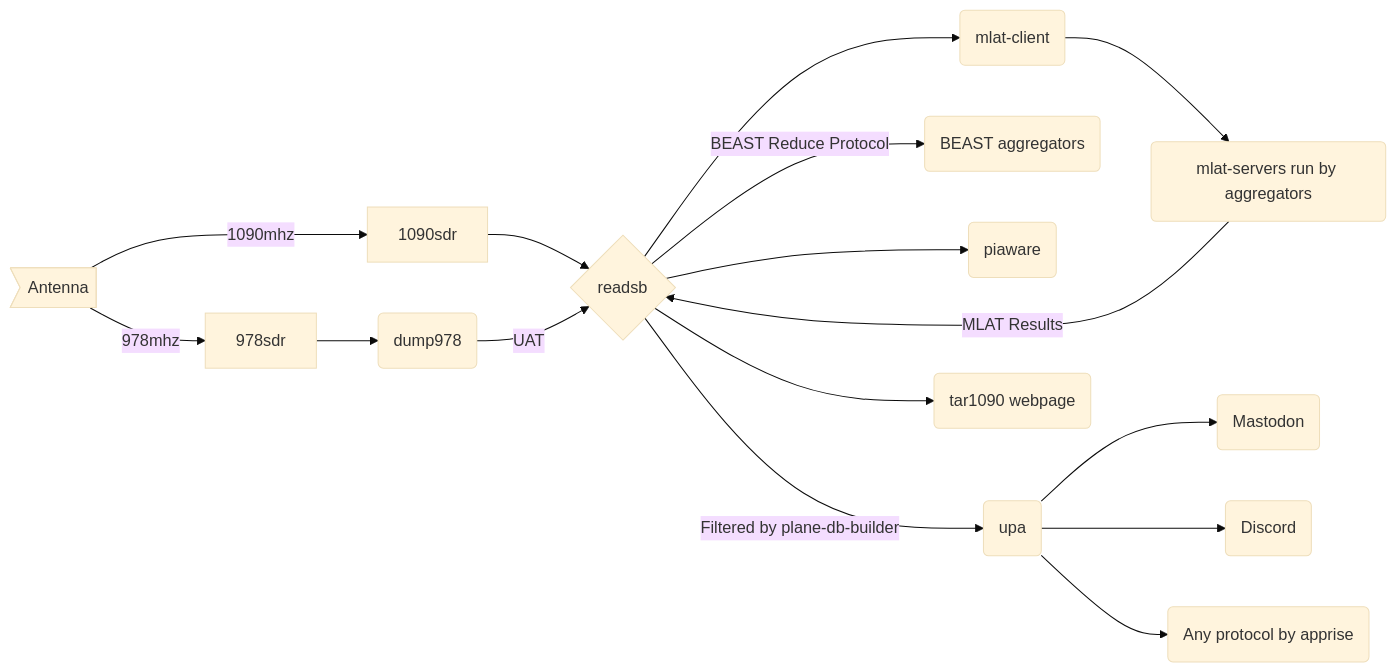
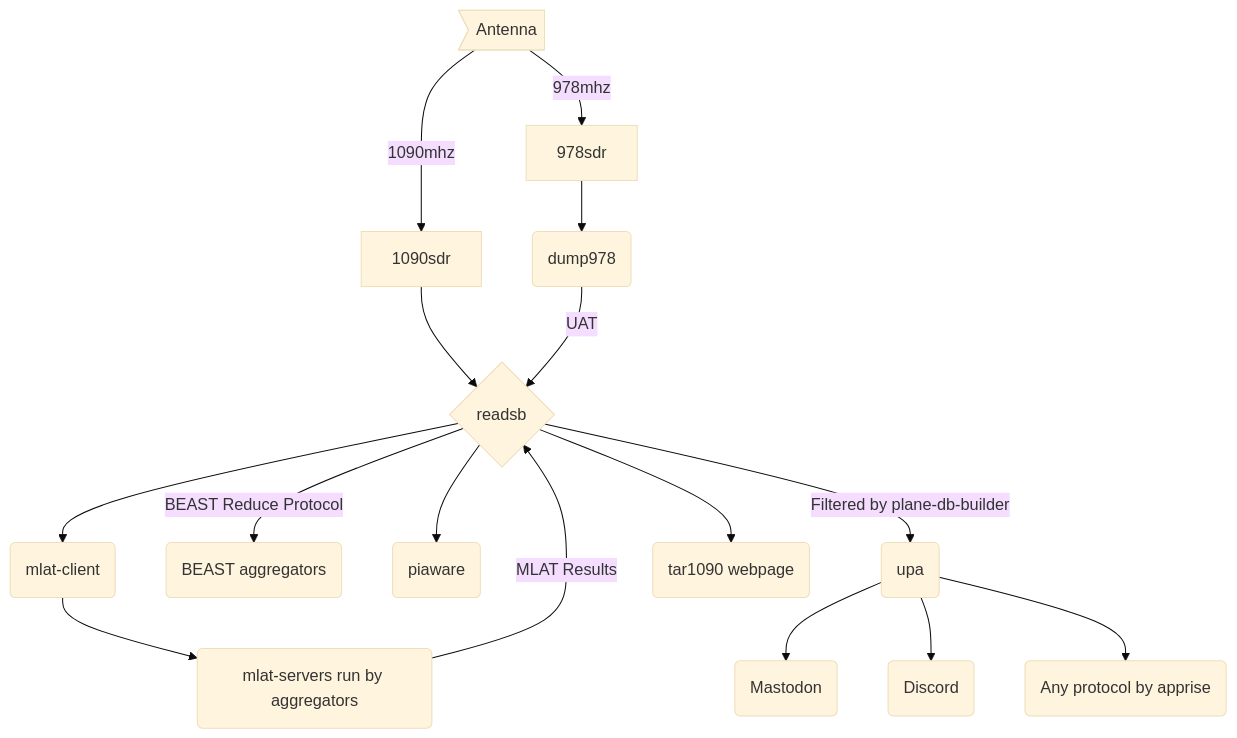
Before and after one commit to jquagga/uadsb: the diagram in README.md, drawn with Mermaid (base theme). The commit also changed other lines of this file, not shown here.

Commit message:
Update README.md (#33)

````diff
--- a/README.md
+++ b/README.md
@@ -19,18 +19,18 @@
 ```mermaid
-flowchart  LR
+flowchart  TD
 antenna>Antenna]  -->|1090mhz|1090sdr
 antenna  -->|978mhz|978sdr
 1090sdr  -->readsb{readsb}
 978sdr  -->dump978(dump978)
 dump978  -->|UAT|readsb
 readsb  -->  mlatclient(mlat-client)
 readsb  -->  |BEAST Reduce Protocol|beastaggregator(BEAST aggregators)
 mlatclient  -->  mlatserver(mlat-servers run by aggregators)
 mlatserver  -->  |MLAT Results|readsb
 readsb  -->  piaware(piaware)
 readsb  -->  |Filtered by plane-db-builder|upa(upa)
 upa  -->  mastodon(Mastodon)
 upa  -->  discord(Discord)
 upa  -->  apprise(Any protocol by apprise)
 readsb  -->  tar1090(tar1090 webpage)
 ```
````
